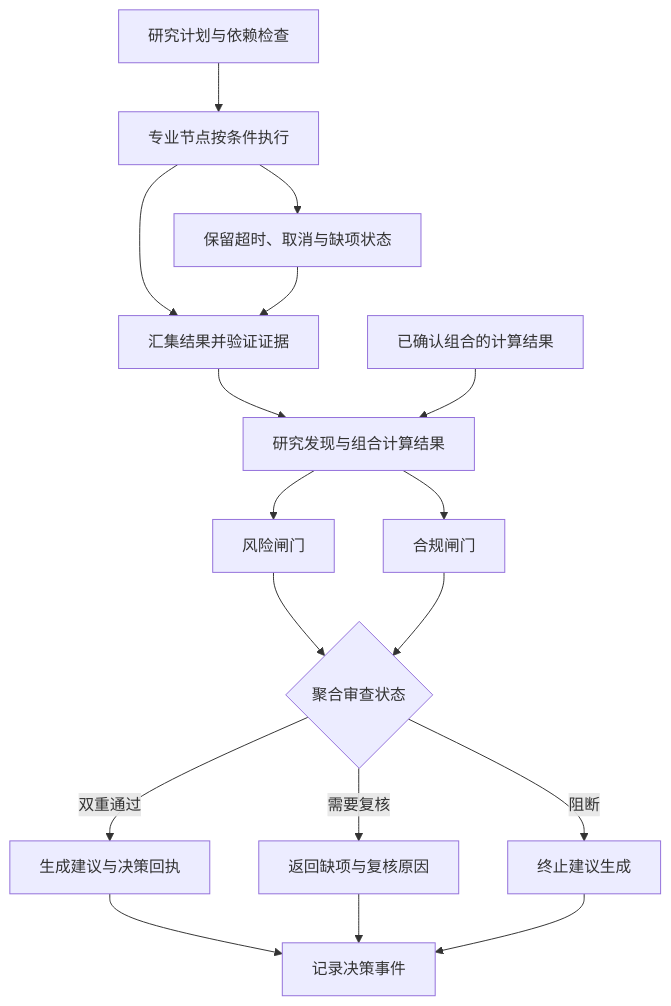
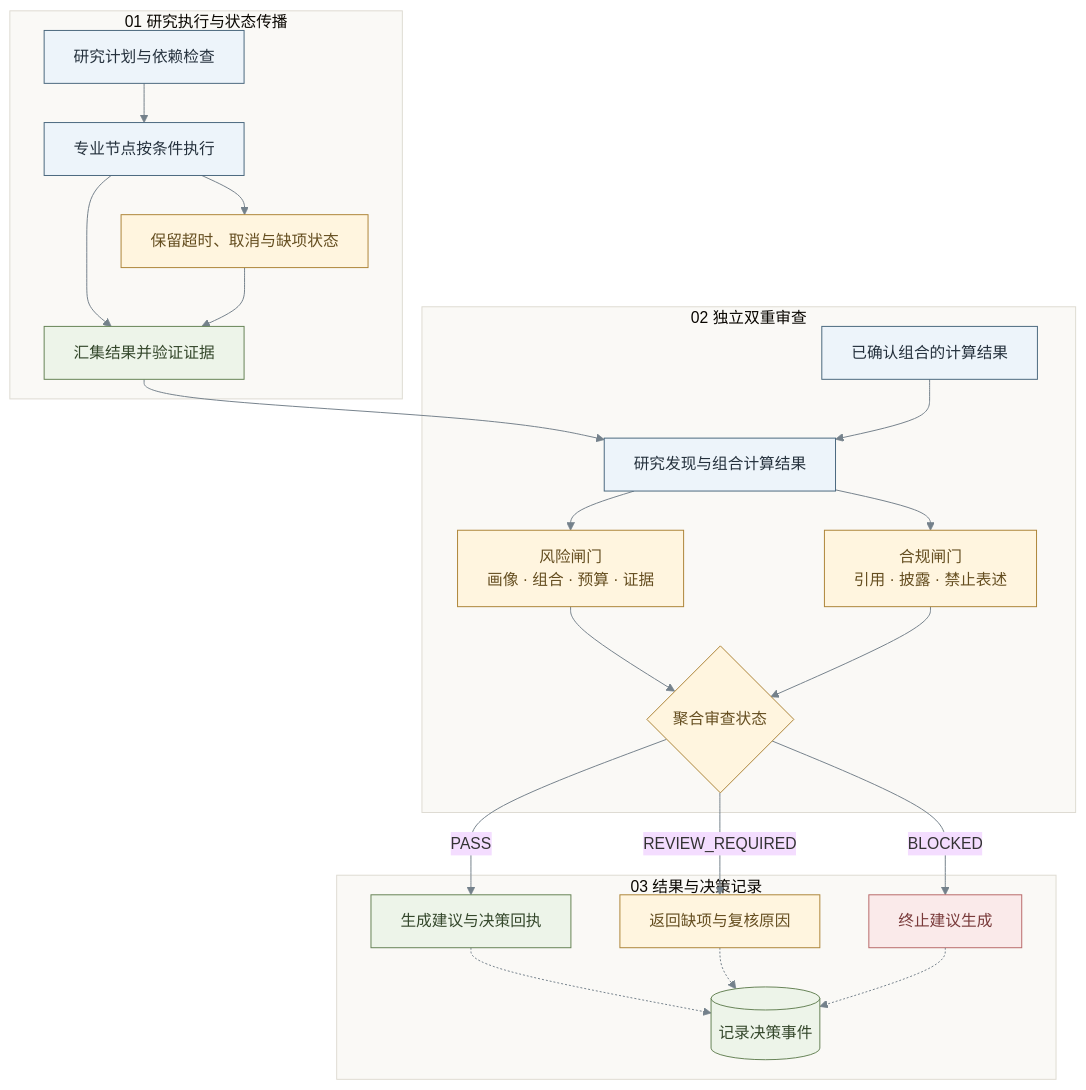
One commit to 1917173927/prism changed the sixth of 8 diagrams in docs/submission/competition-technical-solution.md. Above: the diagram before and after it, drawn with Mermaid. The commit also changed other lines of this file and 4 other files, not shown here.

Commit message:
docs: 更新技术文档标题并丰富图示

````diff
--- a/docs/submission/competition-technical-solution.md
+++ b/docs/submission/competition-technical-solution.md
@@ -364,19 +448,34 @@
 ```mermaid
+%%{init: {"theme":"base","themeVariables":{"fontFamily":"Microsoft YaHei, sans-serif","lineColor":"#74818b","clusterBkg":"#faf9f6","clusterBorder":"#dedbd2"},"flowchart":{"curve":"basis","rankSpacing":40}}}%%
 flowchart TD
+    subgraph RESEARCH[01 研究执行与状态传播]
     P[研究计划与依赖检查] --> N[专业节点按条件执行]
     N --> V[汇集结果并验证证据]
     N --> X[保留超时、取消与缺项状态]
     X --> V
+    end
+    subgraph GATES[02 独立双重审查]
     V --> A[研究发现与组合计算结果]
     Q[已确认组合的计算结果] --> A
-    A --> B[风险闸门]
-    A --> C[合规闸门]
+    A --> B[风险闸门<br/>画像 · 组合 · 预算 · 证据]
+    A --> C[合规闸门<br/>引用 · 披露 · 禁止表述]
     B --> D{聚合审查状态}
     C --> D
-    D -->|双重通过| E[生成建议与决策回执]
-    D -->|需要复核| F[返回缺项与复核原因]
-    D -->|阻断| G[终止建议生成]
-    E --> H[记录决策事件]
-    F --> H
-    G --> H
+    end
+    subgraph DECISION[03 结果与决策记录]
+    D -->|PASS| E[生成建议与决策回执]
+    D -->|REVIEW_REQUIRED| F[返回缺项与复核原因]
+    D -->|BLOCKED| G[终止建议生成]
+    E -.-> H[(记录决策事件)]
+    F -.-> H
+    G -.-> H
+    end
+    classDef input fill:#edf4fa,stroke:#49677d,color:#25313d
+    classDef evidence fill:#edf4e9,stroke:#658254,color:#34472b
+    classDef review fill:#fff5df,stroke:#ad8437,color:#654e20
+    classDef blocked fill:#faeaea,stroke:#b96969,color:#793a3a
+    class P,N,A,Q input
+    class V,E,H evidence
+    class X,B,C,D,F review
+    class G blocked
 ```
````
